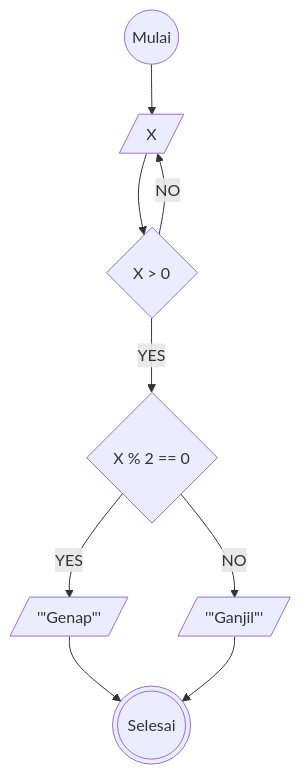
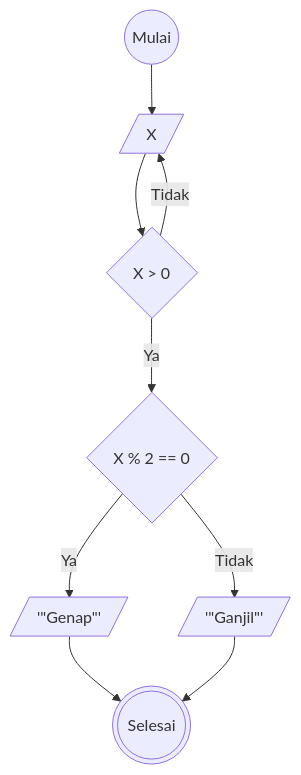
Before and after one commit to mdavindarinaldy/fgo24-algoritma: the diagram in minitask-ganjil-genap.md, drawn with Mermaid. The commit also changed other lines of this file, not shown here.

````diff
--- a/minitask-ganjil-genap.md
+++ b/minitask-ganjil-genap.md
@@ -15,16 +15,16 @@
 ```mermaid
 flowchart TD
 A((Mulai))
 B[/X/]
 C{X > 0}
 D{X % 2 == 0}
 E[/'"Genap"'/]
 F[/'"Ganjil"'/]
 G(((Selesai)))
 
-A --> B --> C --YES--> D
-C --NO--> B
-D --YES--> E
-D --NO--> F
+A --> B --> C --Ya--> D
+C --Tidak--> B
+D --Ya--> E
+D --Tidak--> F
 E & F --> G
 ```
````
